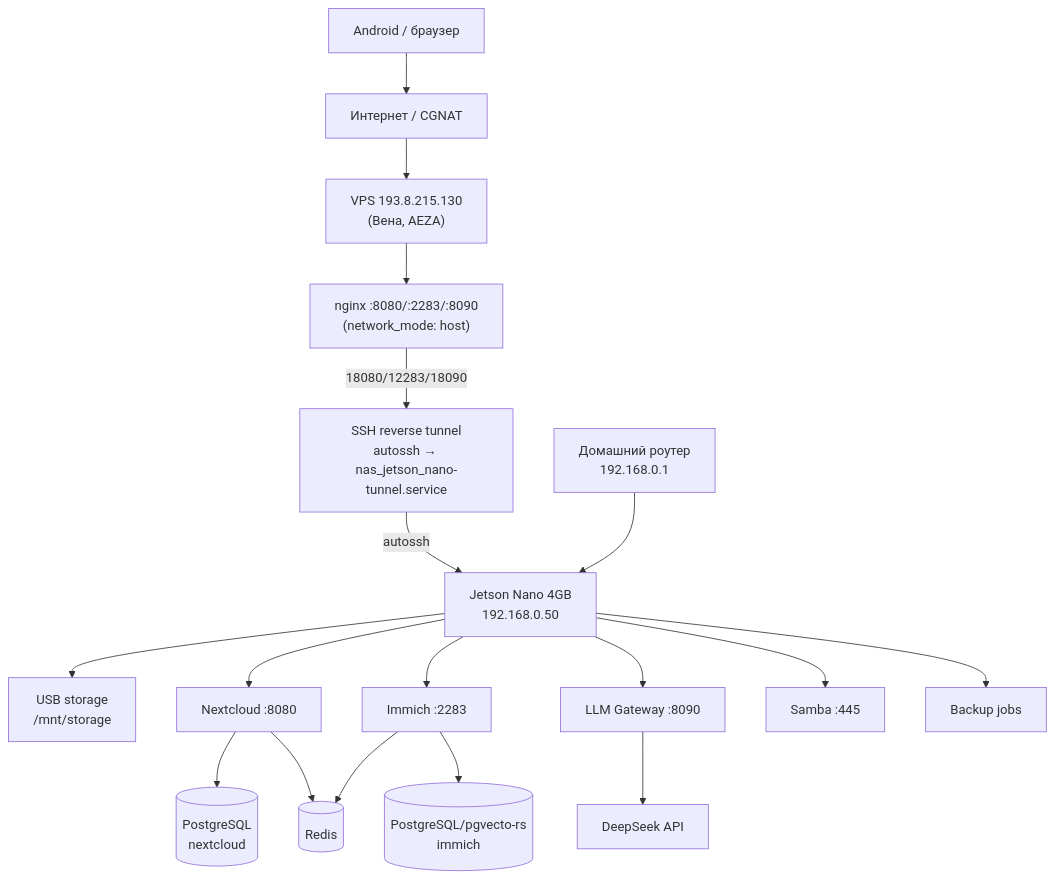
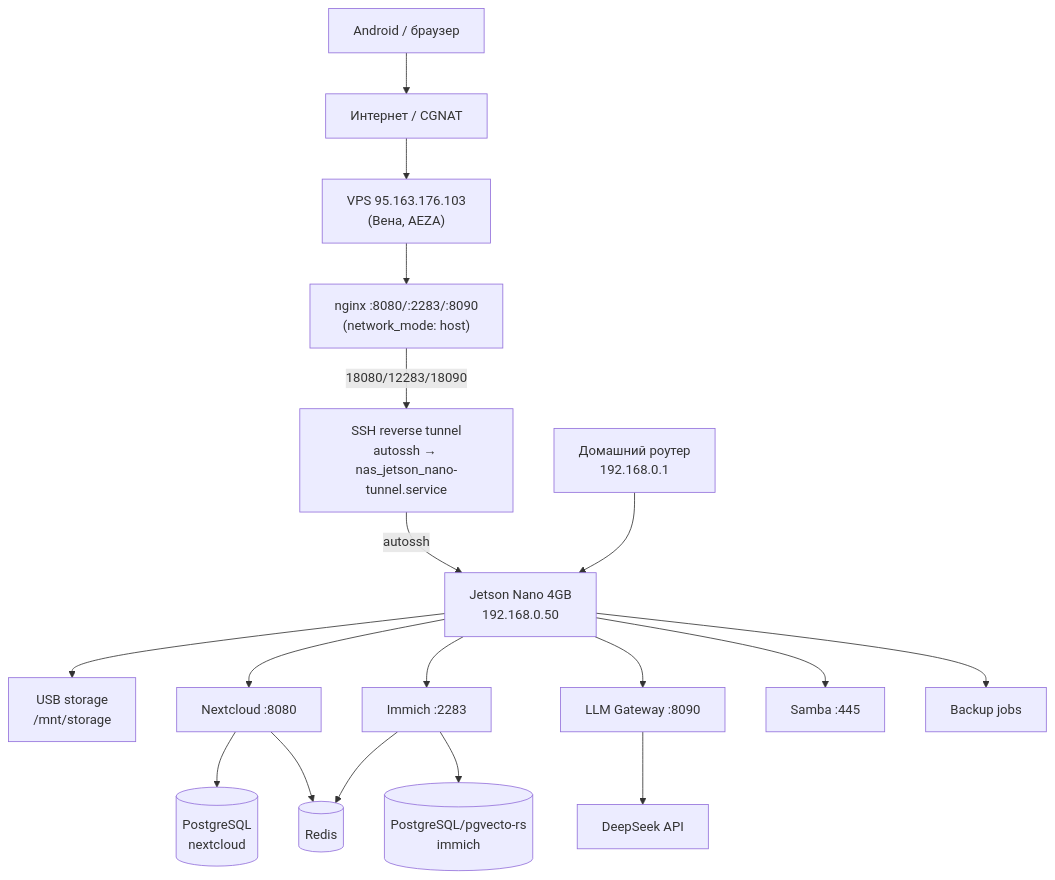
Before and after one commit to AlexeyBorovskoy/NAS_Jetson_Nano: the diagram in docs/architecture_nas_jetson_nano.md, drawn with Mermaid. The commit also changed other lines of this file and 46 other files, not shown here.

````diff
--- a/docs/architecture_nas_jetson_nano.md
+++ b/docs/architecture_nas_jetson_nano.md
@@ -23,42 +23,42 @@
 ```mermaid
 flowchart TB
     Phone[Android / браузер]
     Internet[Интернет / CGNAT]
-    VPS["VPS 193.8.215.130\n(Вена, AEZA)"]
+    VPS["VPS 95.163.176.103\n(Вена, AEZA)"]
     NginxVPS["nginx :8080/:2283/:8090\n(network_mode: host)"]
     Tunnel["SSH reverse tunnel\nautossh → nas_jetson_nano-tunnel.service"]
     Router[Домашний роутер\n192.168.0.1]
     Jetson["Jetson Nano 4GB\n192.168.0.50"]
     HDD["USB storage\n/mnt/storage"]
 
     Nextcloud[Nextcloud :8080]
     Immich[Immich :2283]
     LLMGateway[LLM Gateway :8090]
     Samba[Samba :445]
     Backup[Backup jobs]
     DeepSeek[DeepSeek API]
 
     NCDB[(PostgreSQL\nnextcloud)]
     ImmichDB[(PostgreSQL/pgvecto-rs\nimmich)]
     Redis[(Redis)]
 
     Phone --> Internet
     Internet --> VPS
     VPS --> NginxVPS
     NginxVPS -->|18080/12283/18090| Tunnel
     Tunnel -->|autossh| Jetson
     Router --> Jetson
     Jetson --> HDD
 
     Jetson --> Nextcloud
     Jetson --> Immich
     Jetson --> LLMGateway
     Jetson --> Samba
     Jetson --> Backup
 
     Nextcloud --> NCDB
     Nextcloud --> Redis
     Immich --> ImmichDB
     Immich --> Redis
     LLMGateway --> DeepSeek
 ```
````
